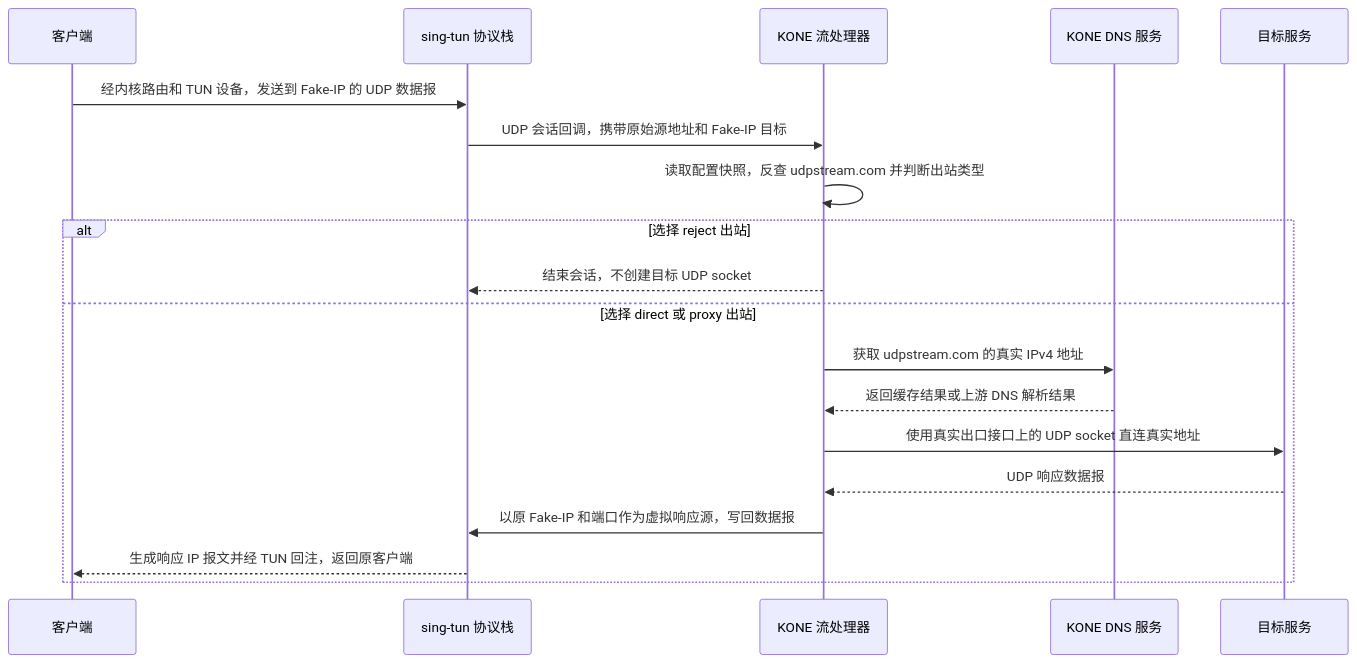
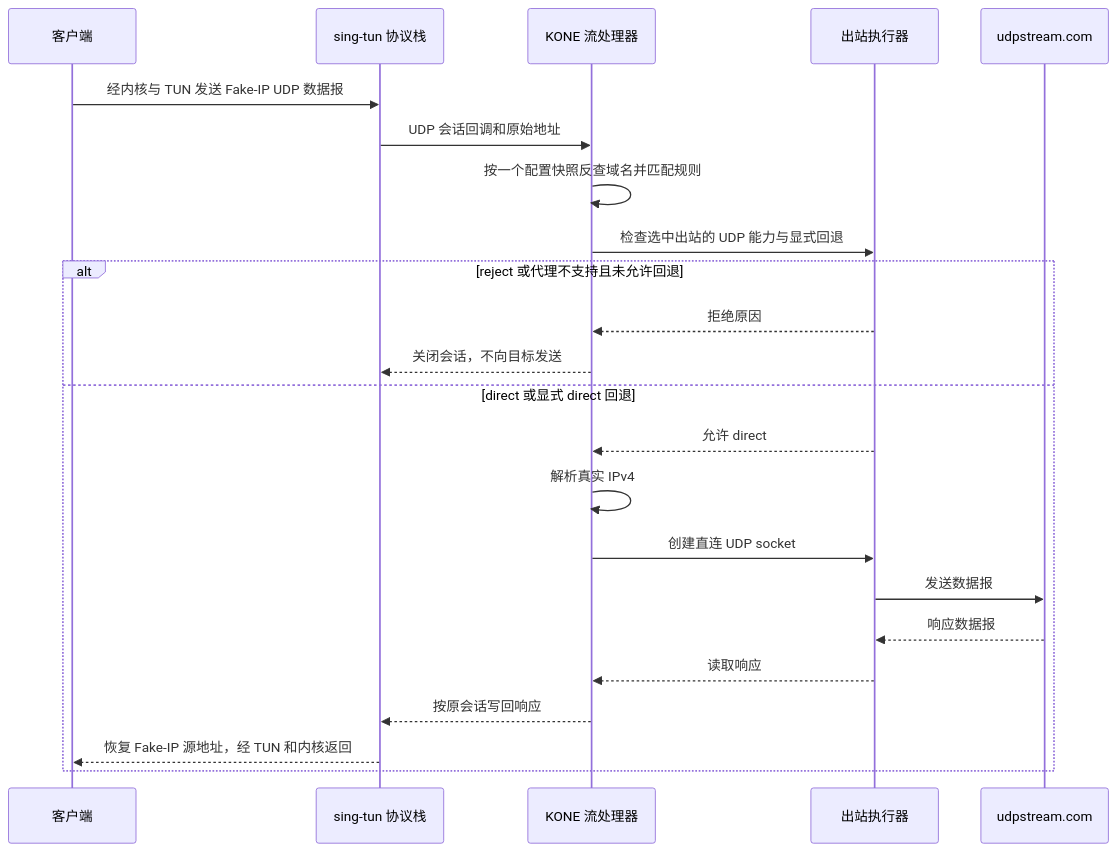
Before and after one commit to xjdrew/kone: the third of 3 diagrams in docs/architecture.md, drawn with Mermaid. The commit also changed other lines of this file and 48 other files, not shown here.

````diff
--- a/docs/architecture.md
+++ b/docs/architecture.md
@@ -148,21 +119,25 @@
 ```mermaid
 sequenceDiagram
     participant C as 客户端
     participant S as sing-tun 协议栈
     participant F as KONE 流处理器
-    participant D as KONE DNS 服务
-    participant R as 目标服务
-    C->>S: 经内核路由和 TUN 设备，发送到 Fake-IP 的 UDP 数据报
-    S->>F: UDP 会话回调，携带原始源地址和 Fake-IP 目标
-    F->>F: 读取配置快照，反查 udpstream.com 并判断出站类型
-    alt 选择 reject 出站
-        F-->>S: 结束会话，不创建目标 UDP socket
-    else 选择 direct 或 proxy 出站
-        F->>D: 获取 udpstream.com 的真实 IPv4 地址
-        D-->>F: 返回缓存结果或上游 DNS 解析结果
-        F->>R: 使用真实出口接口上的 UDP socket 直连真实地址
-        R-->>F: UDP 响应数据报
-        F->>S: 以原 Fake-IP 和端口作为虚拟响应源，写回数据报
-        S-->>C: 生成响应 IP 报文并经 TUN 回注，返回原客户端
+    participant O as 出站执行器
+    participant R as udpstream.com
+    C->>S: 经内核与 TUN 发送 Fake-IP UDP 数据报
+    S->>F: UDP 会话回调和原始地址
+    F->>F: 按一个配置快照反查域名并匹配规则
+    F->>O: 检查选中出站的 UDP 能力与显式回退
+    alt reject 或代理不支持且未允许回退
+        O-->>F: 拒绝原因
+        F-->>S: 关闭会话，不向目标发送
+    else direct 或显式 direct 回退
+        O-->>F: 允许 direct
+        F->>F: 解析真实 IPv4
+        F->>O: 创建直连 UDP socket
+        O->>R: 发送数据报
+        R-->>O: 响应数据报
+        O-->>F: 读取响应
+        F-->>S: 按原会话写回响应
+        S-->>C: 恢复 Fake-IP 源地址，经 TUN 和内核返回
     end
 ```
````
